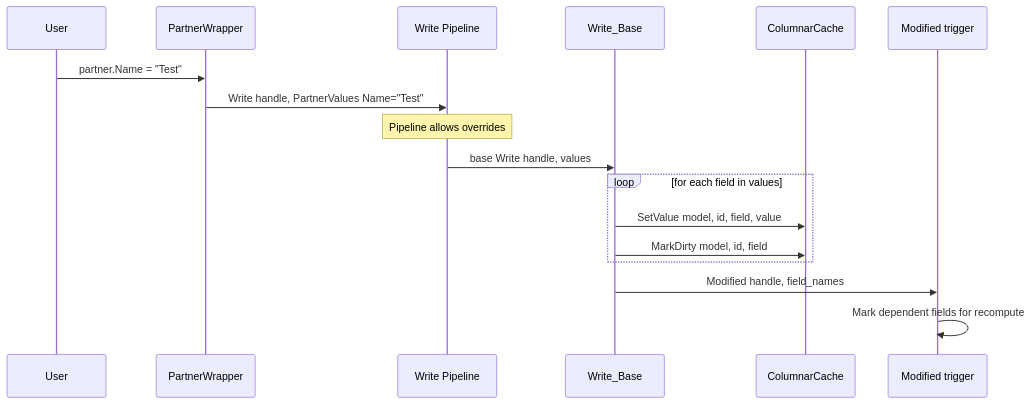
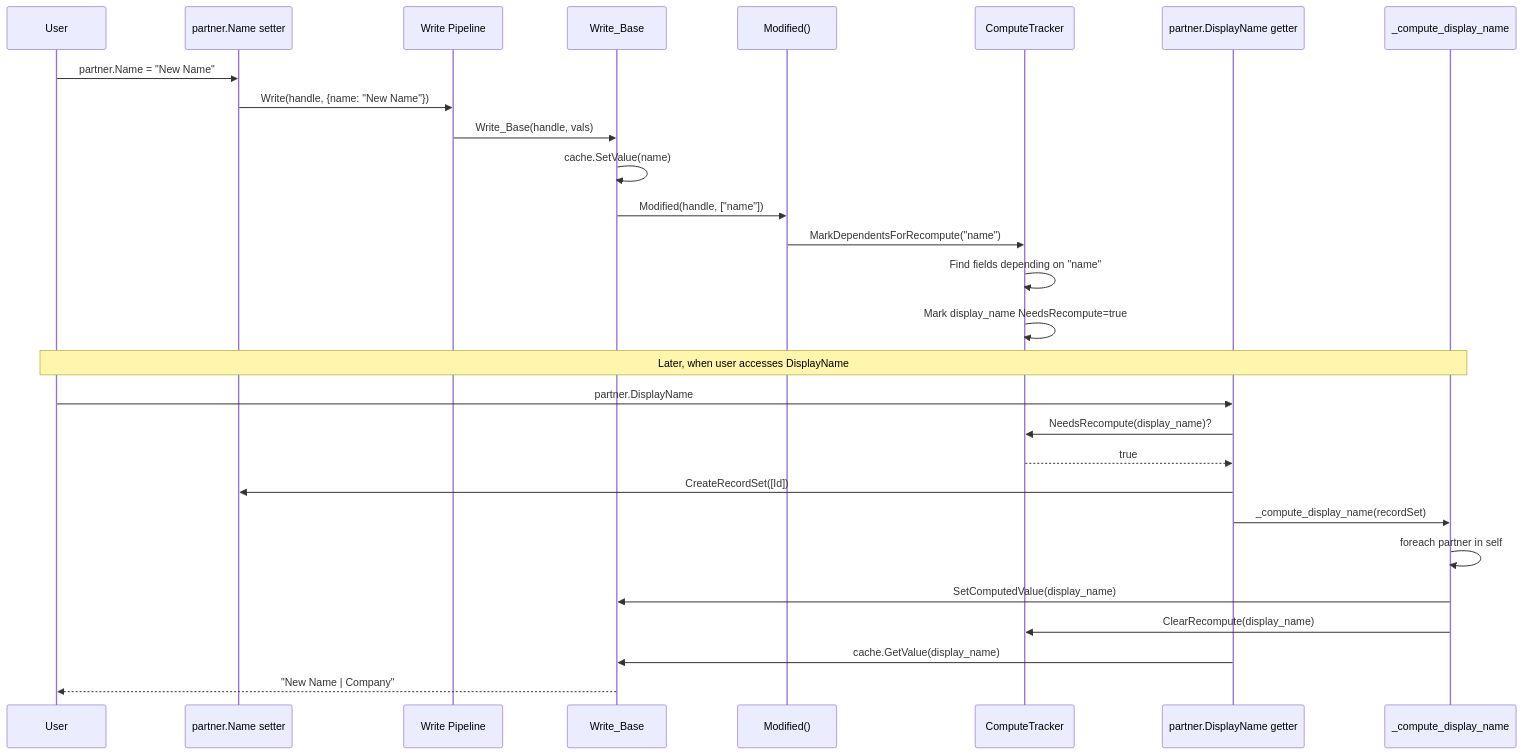
One commit to otenycom/netpy changed the diagram in docs/WRITE_CREATE_PIPELINE_ARCHITECTURE.md. Above: the diagram before and after it, drawn with Mermaid. The commit also changed other lines of this file and 6 other files, not shown here.

````diff
--- a/docs/WRITE_CREATE_PIPELINE_ARCHITECTURE.md
+++ b/docs/WRITE_CREATE_PIPELINE_ARCHITECTURE.md
@@ -225,23 +51,33 @@
 ```mermaid
 sequenceDiagram
     participant User
-    participant Wrapper as PartnerWrapper
+    participant Setter as partner.Name setter
     participant Write as Write Pipeline
     participant Base as Write_Base
-    participant Cache as ColumnarCache
-    participant Modified as Modified trigger
+    participant Modified as Modified()
+    participant Tracker as ComputeTracker
+    participant Getter as partner.DisplayName getter
+    participant Compute as _compute_display_name
     
-    User->>Wrapper: partner.Name = "Test"
-    Wrapper->>Write: Write handle, PartnerValues Name="Test"
+    User->>Setter: partner.Name = "New Name"
+    Setter->>Write: Write(handle, {name: "New Name"})
+    Write->>Base: Write_Base(handle, vals)
+    Base->>Base: cache.SetValue(name)
+    Base->>Modified: Modified(handle, ["name"])
+    Modified->>Tracker: MarkDependentsForRecompute("name")
+    Tracker->>Tracker: Find fields depending on "name"
+    Tracker->>Tracker: Mark display_name NeedsRecompute=true
     
-    Note over Write: Pipeline allows overrides
-    Write->>Base: base Write handle, values
+    Note over User,Compute: Later, when user accesses DisplayName
     
-    loop for each field in values
-        Base->>Cache: SetValue model, id, field, value
-        Base->>Cache: MarkDirty model, id, field
-    end
-    
-    Base->>Modified: Modified handle, field_names
-    Modified->>Modified: Mark dependent fields for recompute
+    User->>Getter: partner.DisplayName
+    Getter->>Tracker: NeedsRecompute(display_name)?
+    Tracker-->>Getter: true
+    Getter->>Setter: CreateRecordSet([Id])
+    Getter->>Compute: _compute_display_name(recordSet)
+    Compute->>Compute: foreach partner in self
+    Compute->>Base: SetComputedValue(display_name)
+    Compute->>Tracker: ClearRecompute(display_name)
+    Getter->>Base: cache.GetValue(display_name)
+    Base-->>User: "New Name | Company"
 ```
````
